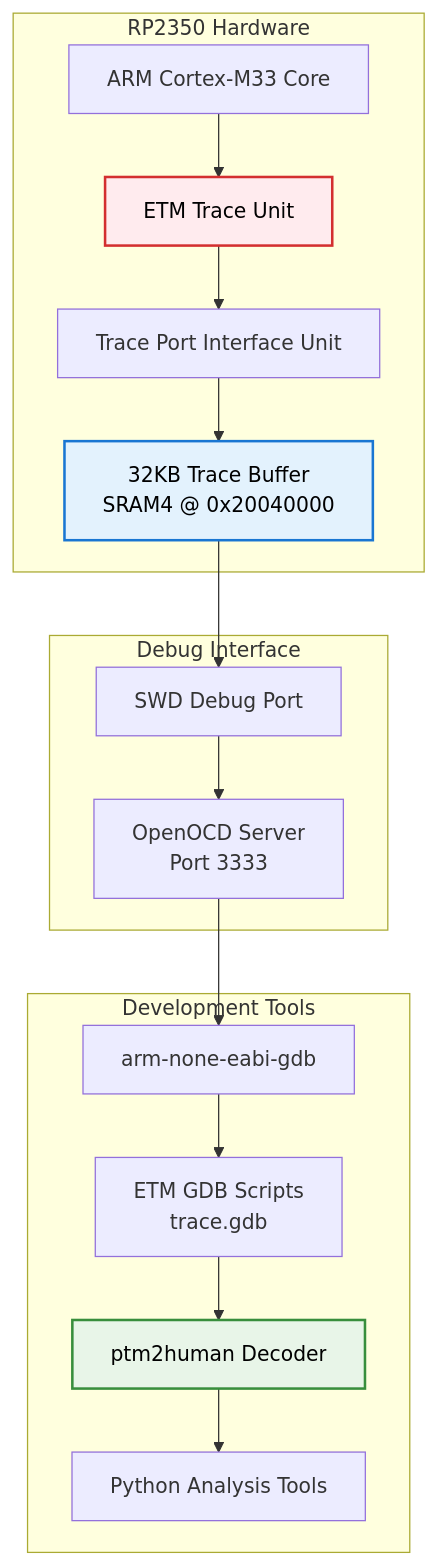
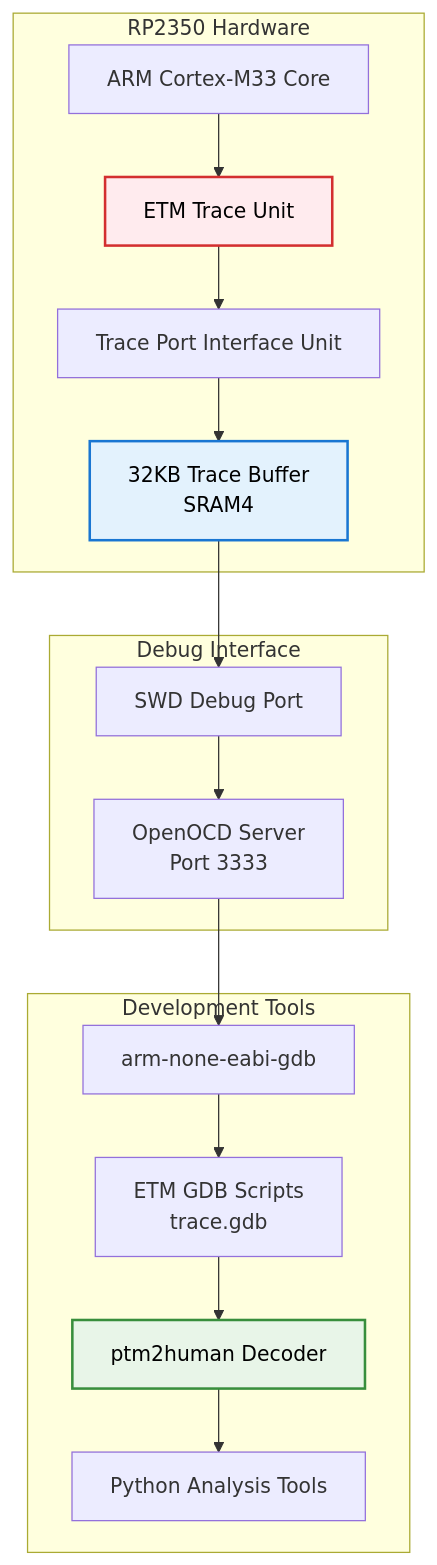
The first of 3 diagrams in README.md (Tabrez-dev/pico2-etm), drawn with Mermaid before and after one commit. The commit also changed other lines of this file, not shown here.

````diff
--- a/README.md
+++ b/README.md
@@ -24,36 +24,36 @@
 ```mermaid
 graph TB
     subgraph "RP2350 Hardware"
         CPU[ARM Cortex-M33 Core]
         ETM[ETM Trace Unit]
         TPIU[Trace Port Interface Unit]
-        SRAM[32KB Trace Buffer<br/>SRAM4 @ 0x20040000]
+        SRAM[32KB Trace Buffer<br/>SRAM4]
     end
     
     subgraph "Debug Interface"
         SWD[SWD Debug Port]
         OpenOCD[OpenOCD Server<br/>Port 3333]
     end
     
     subgraph "Development Tools"
         GDB[arm-none-eabi-gdb]
         Scripts[ETM GDB Scripts<br/>trace.gdb]
         Decoder[ptm2human Decoder]
         Analyzer[Python Analysis Tools]
     end
     
     CPU --> ETM
     ETM --> TPIU
     TPIU --> SRAM
     SRAM --> SWD
     SWD --> OpenOCD
     OpenOCD --> GDB
     GDB --> Scripts
     Scripts --> Decoder
     Decoder --> Analyzer
     
     %% GitHub-compatible styling with good contrast
     style ETM fill:#ffebee,stroke:#d32f2f,stroke-width:2px,color:#000
     style SRAM fill:#e3f2fd,stroke:#1976d2,stroke-width:2px,color:#000
     style Decoder fill:#e8f5e8,stroke:#388e3c,stroke-width:2px,color:#000
 ```
````
